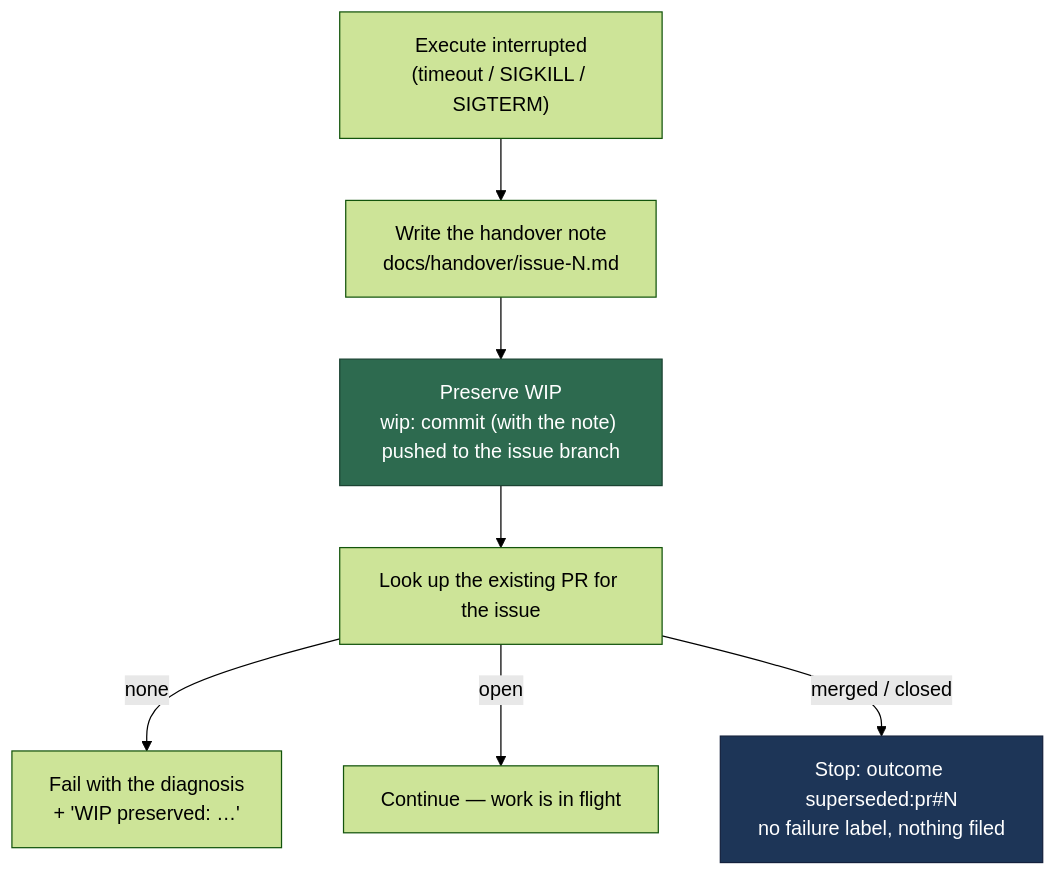
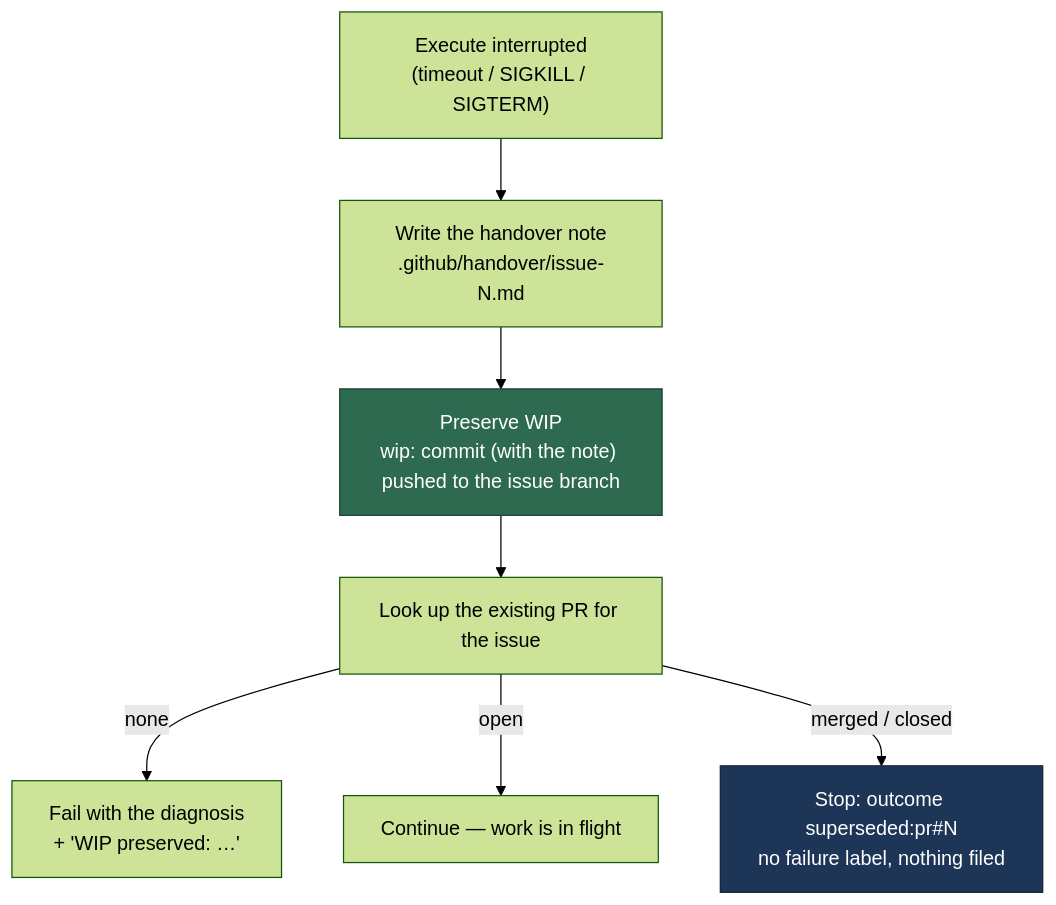
Before and after one commit to stSoftwareAU/VibeCoder: the eighth of 14 diagrams in docs/workflows/issue-processing.md, drawn with Mermaid (forest theme). The commit also changed other lines of this file and 5 other files, not shown here.

First line of the commit message:
fix: move the handover note to .github/handover and strip host paths (#769)

````diff
--- a/docs/workflows/issue-processing.md
+++ b/docs/workflows/issue-processing.md
@@ -505,11 +505,11 @@
 ```mermaid
 flowchart TD
-    T["Execute interrupted<br/>(timeout / SIGKILL / SIGTERM)"] --> H["Write the handover note<br/>docs/handover/issue-N.md"]
+    T["Execute interrupted<br/>(timeout / SIGKILL / SIGTERM)"] --> H["Write the handover note<br/>.github/handover/issue-N.md"]
     H --> P["Preserve WIP<br/>wip: commit (with the note) pushed to the issue branch"]
     P --> L["Look up the existing PR for the issue"]
     L -->|none| F["Fail with the diagnosis<br/>+ 'WIP preserved: …'"]
     L -->|open| C["Continue — work is in flight"]
     L -->|merged / closed| S["Stop: outcome superseded:pr#N<br/>no failure label, nothing filed"]
     style P fill:#2d6a4f,stroke:#1b4332,color:#fff
     style S fill:#1d3557,stroke:#14213d,color:#fff
 ```
````
